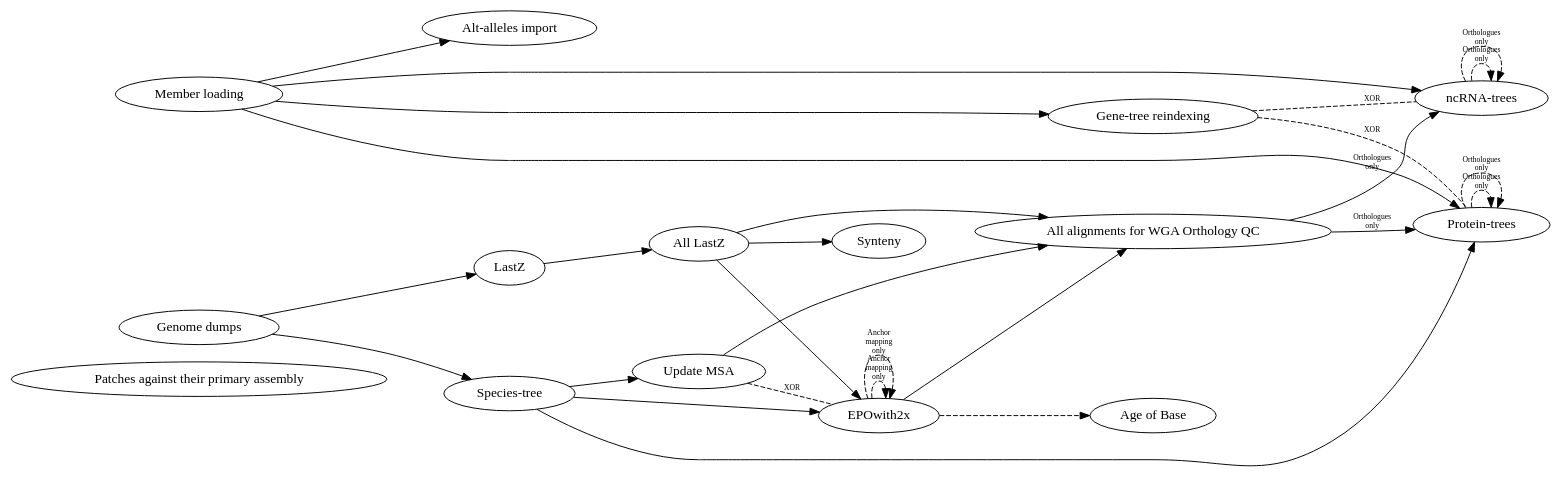
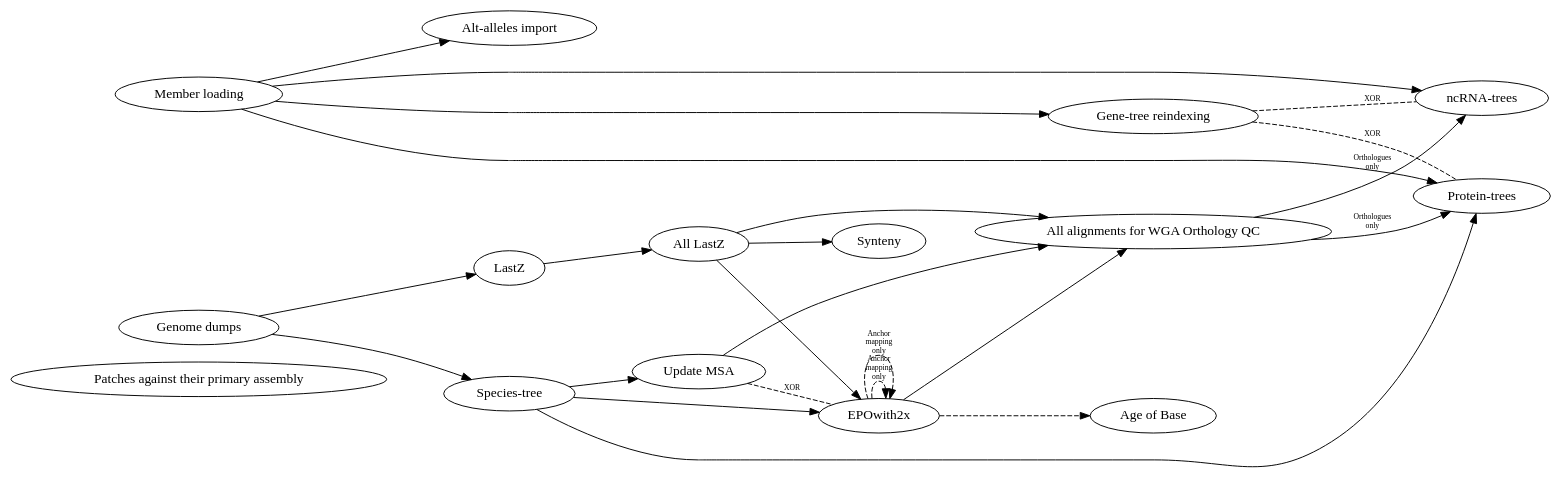
One commit to Ensembl/ensembl-compara changed the diagram in scripts/jira_tickets/compara_merged.dot. Above: the diagram before and after it, drawn with Graphviz.

Commit message:
these dependencies are no more

```diff
--- a/scripts/jira_tickets/compara_merged.dot
+++ b/scripts/jira_tickets/compara_merged.dot
@@ -1,27 +1,23 @@
 digraph {
     rankdir=LR;  # Left-to-right graph instead of top-to-bottom
     "Patches against their primary assembly";
 
     "Genome dumps" -> { "Species-tree", "LastZ" };
     "Species-tree" -> { "EPOwith2x", "Protein-trees", "Update MSA" };
     "All LastZ" -> "EPOwith2x";
     "Member loading" -> { "Protein-trees", "ncRNA-trees", "Gene-tree reindexing", "Alt-alleles import" };
     {"All LastZ", "EPOwith2x", "Update MSA"} -> "All alignments for WGA Orthology QC";
     "All alignments for WGA Orthology QC" -> "Protein-trees" [fontsize="8", label="Orthologues\nonly"];
     "All alignments for WGA Orthology QC" -> "ncRNA-trees" [fontsize="8", label="Orthologues\nonly"];
     "LastZ" -> "All LastZ" -> "Synteny";
 
     "Gene-tree reindexing" -> "ncRNA-trees" [style="dashed", dir=none, fontsize="8", label="XOR"];
     "Gene-tree reindexing" -> "Protein-trees" [style="dashed", dir=none, fontsize="8", label="XOR"];
     "EPOwith2x" -> "EPOwith2x" [style="dashed", fontsize="8", label="Anchor\nmapping\nonly", headport="Primates:e", tailport="Mammals:e"];
     "EPOwith2x" -> "EPOwith2x" [style="dashed", fontsize="8", label="Anchor\nmapping\nonly", headport="Pigs:e", tailport="Mammals:e"];
     "EPOwith2x" -> "Age of Base" [style="dashed", headport="Human:w", tailport="Mammals:e"];
     "Update MSA" -> "EPOwith2x" [style="dashed", dir=none, fontsize="8", label="XOR"];
-    "Protein-trees" -> "Protein-trees" [style="dashed", fontsize="8", label="Orthologues\nonly", headport="Murinae:e", tailport="Default vertebrates:e"];
-    "Protein-trees" -> "Protein-trees" [style="dashed", fontsize="8", label="Orthologues\nonly", headport="Pig breeds:e", tailport="Default vertebrates:e"];
-    "ncRNA-trees" -> "ncRNA-trees" [style="dashed", fontsize="8", label="Orthologues\nonly", headport="Murinae:e", tailport="Default vertebrates:e"];
-    "ncRNA-trees" -> "ncRNA-trees" [style="dashed", fontsize="8", label="Orthologues\nonly", headport="Pig breeds:e", tailport="Default vertebrates:e"];
 
     // Helps laying out the graph
     {rank = same; "Genome dumps"; "Member loading"; }
 }
```
